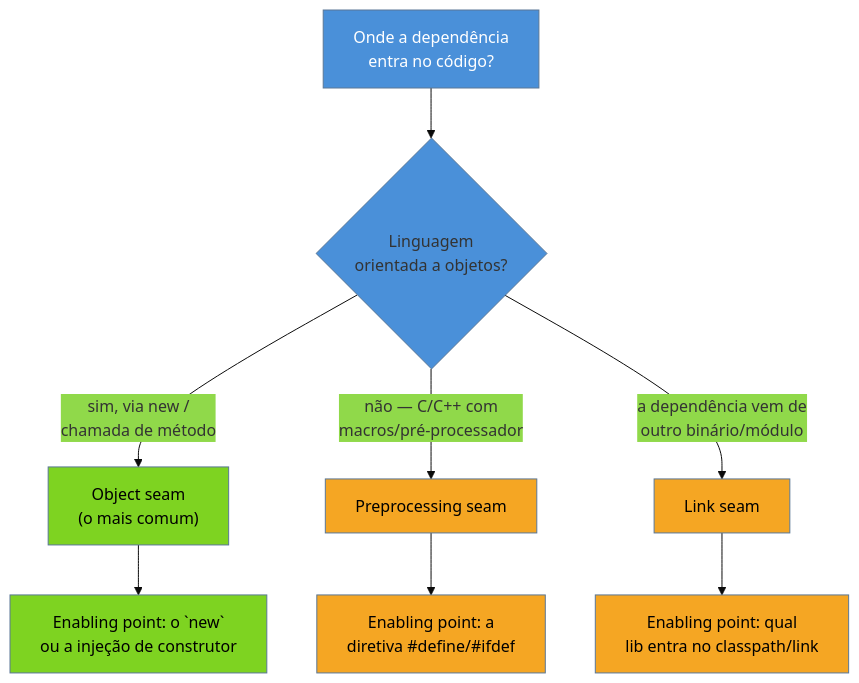
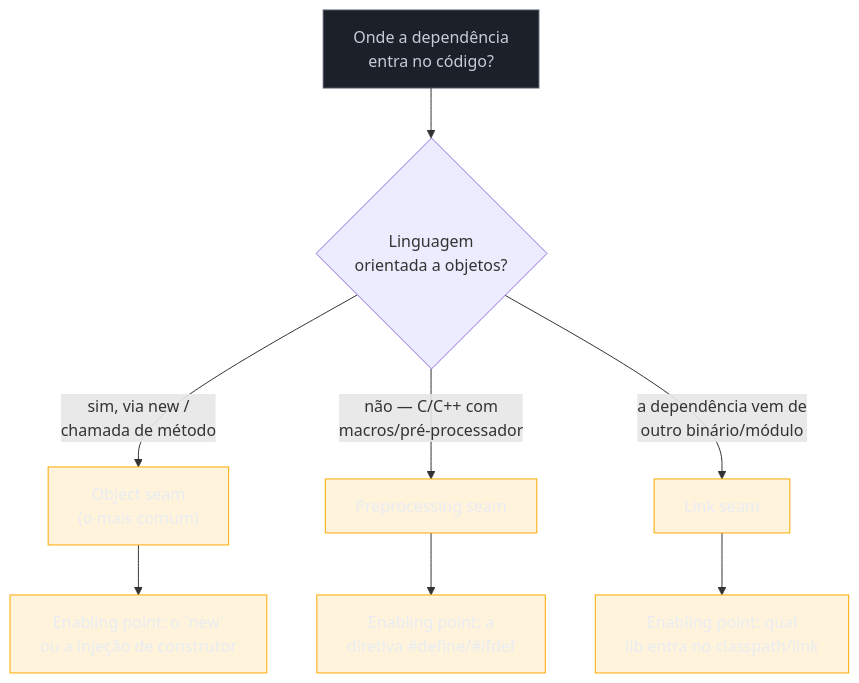
Before and after one commit to josenaldo/codex-technomanticus: the first of 2 diagrams in 03-Dominios/Engenharia/Arqueologia e Restauração de Software/12 - Seams e quebra de dependência.md, drawn with Mermaid. The commit also changed other lines of this file and 1181 other files, not shown here.

First line of the commit message:
fix(diagramas): paleta do sistema no lugar de cor cravada no markdown

````diff
--- a/03-Dominios/Engenharia/Arqueologia e Restauração de Software/12 - Seams e quebra de dependência.md
+++ b/03-Dominios/Engenharia/Arqueologia e Restauração de Software/12 - Seams e quebra de dependência.md
@@ -71,20 +71,21 @@
 ```mermaid
-%%{init: {"theme": "base", "themeVariables": {"primaryColor": "#4A90D9"}}}%%
 graph TD
+    classDef destaque fill:#FFAA0024,stroke:#FFAA00,color:#E9ECF2
+    classDef neutro fill:#1B2029,stroke:#4E5666,color:#C6CCD8
     S["Onde a dependência<br/>entra no código?"] --> A{"Linguagem<br/>orientada a objetos?"}
     A -->|"sim, via new /<br/>chamada de método"| OS["Object seam<br/>(o mais comum)"]
     A -->|"não — C/C++ com<br/>macros/pré-processador"| PS["Preprocessing seam"]
     A -->|"a dependência vem de<br/>outro binário/módulo"| LS["Link seam"]
 
     OS --> OS1["Enabling point: o `new`<br/>ou a injeção de construtor"]
     PS --> PS1["Enabling point: a<br/>diretiva #define/#ifdef"]
     LS --> LS1["Enabling point: qual<br/>lib entra no classpath/link"]
 
-    style OS fill:#7ED321,color:#000
-    style OS1 fill:#7ED321,color:#000
-    style PS fill:#F5A623,color:#000
-    style PS1 fill:#F5A623,color:#000
-    style LS fill:#F5A623,color:#000
-    style LS1 fill:#F5A623,color:#000
-    style S fill:#4A90D9,color:#fff
+    class OS destaque
+    class OS1 destaque
+    class PS destaque
+    class PS1 destaque
+    class LS destaque
+    class LS1 destaque
+    class S neutro
 ```
````
